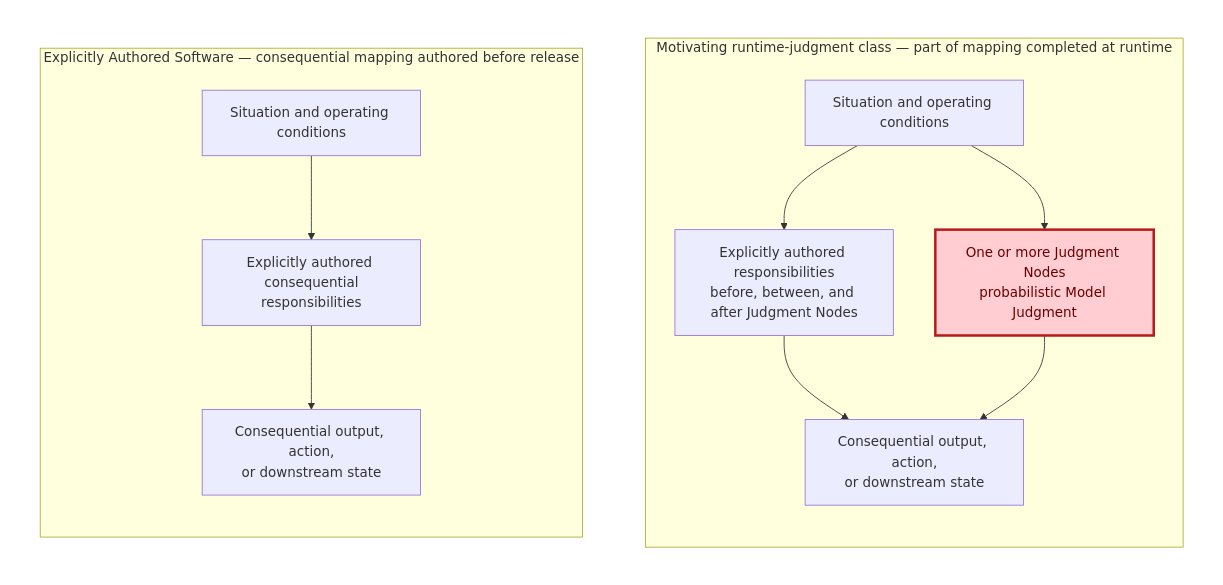
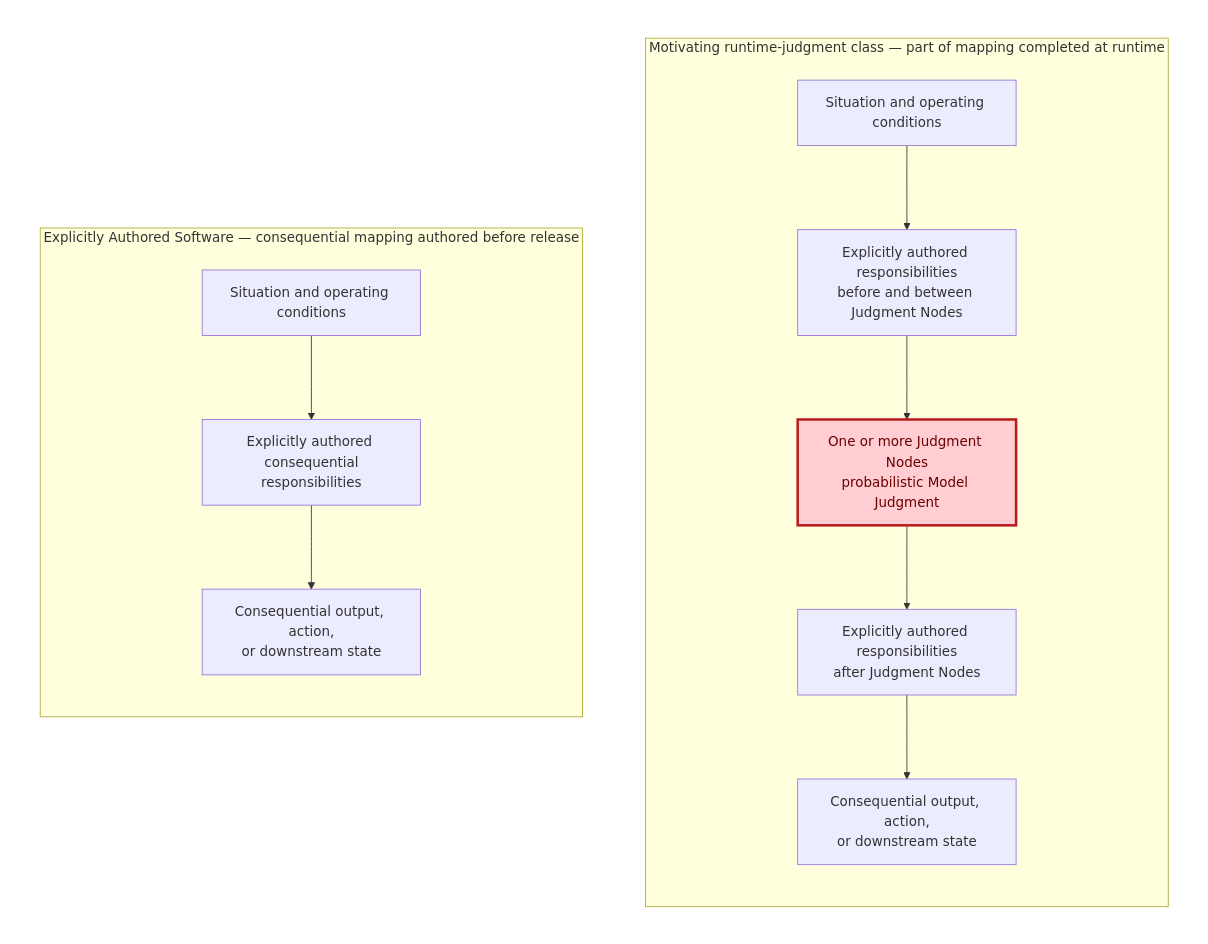
Before and after one commit to UncertaintyArchitectureGroup/uncertainty-architecture: the third of 15 diagrams in content/research/notes/open-engineering-specification-article-draft.md, drawn with Mermaid. The commit also changed other lines of this file and 4 other files, not shown here.

Commit message:
research: enforce vertical diagram architecture

````diff
--- a/content/research/notes/open-engineering-specification-article-draft.md
+++ b/content/research/notes/open-engineering-specification-article-draft.md
@@ -222,26 +222,26 @@
 ```mermaid
 flowchart TB
     subgraph ROW3[" "]
         direction LR
         subgraph A["Explicitly Authored Software — consequential mapping authored before release"]
             direction TB
             A1["Situation and operating conditions"]
             A2["Explicitly authored consequential<br/>responsibilities"]
             A3["Consequential output, action,<br/>or downstream state"]
             A1 --> A2 --> A3
         end
         subgraph B["Motivating runtime-judgment class — part of mapping completed at runtime"]
             direction TB
             B1["Situation and operating conditions"]
-            B2["Explicitly authored responsibilities<br/>before, between, and after Judgment Nodes"]
+            B2["Explicitly authored responsibilities<br/>before and between Judgment Nodes"]
             J1["One or more Judgment Nodes<br/>probabilistic Model Judgment"]
+            B4["Explicitly authored responsibilities<br/>after Judgment Nodes"]
             B3["Consequential output, action,<br/>or downstream state"]
-            B1 --> B2 --> B3
-            B1 --> J1 --> B3
+            B1 --> B2 --> J1 --> B4 --> B3
         end
         A2 ~~~ J1
     end
     classDef judgment fill:#ffcdd2,stroke:#b71c1c,stroke-width:3px,color:#6a0000;
     class J1 judgment;
     style ROW3 fill:transparent,stroke:transparent
 ```
````
